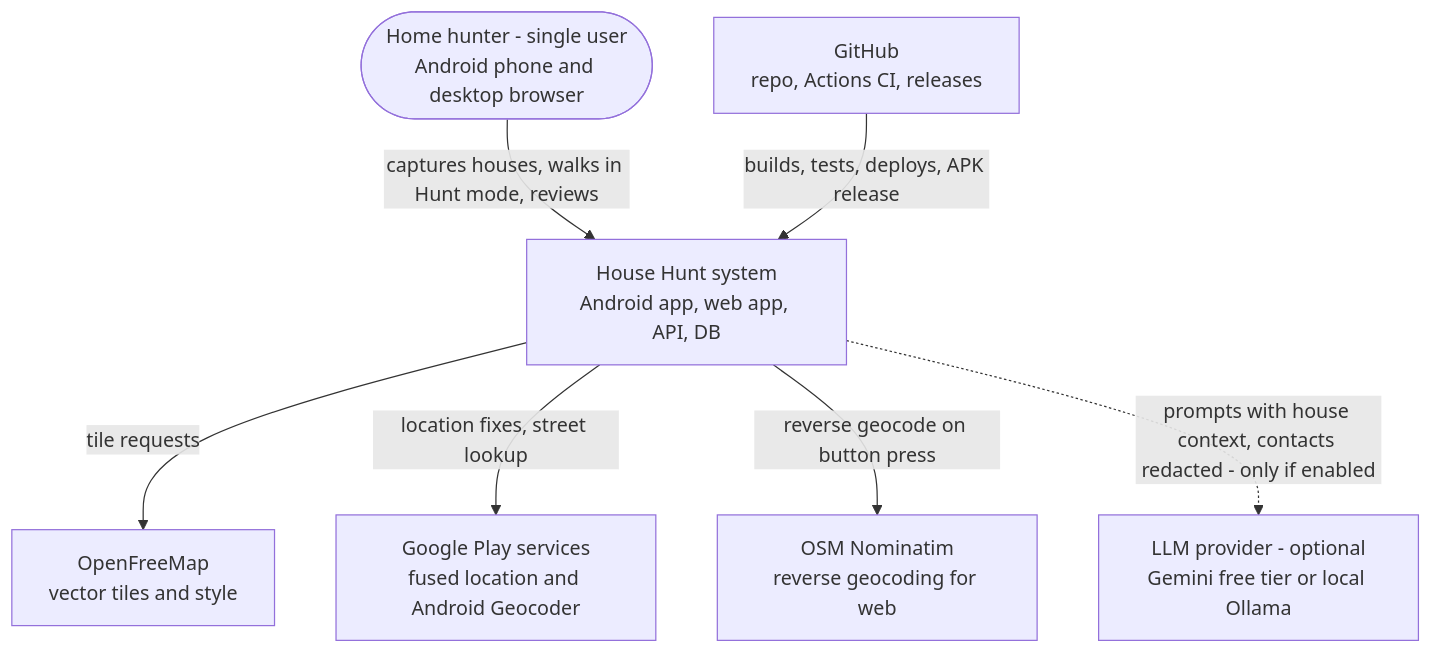
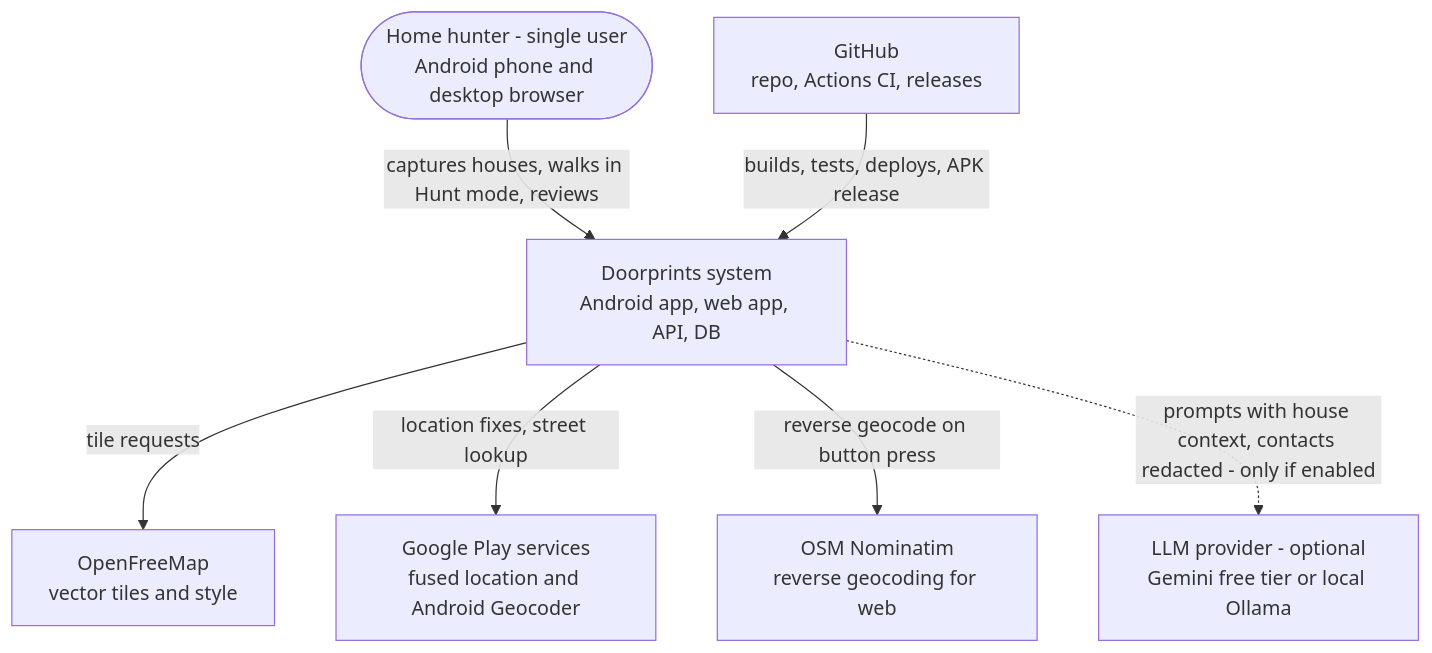
The first of 15 diagrams in docs/03-design.md (Sriram-Codes-SW/doorprints), drawn with Mermaid before and after one commit. The commit also changed other lines of this file and 54 other files, not shown here.

First line of the commit message:
Rename product to Doorprints across Android, web, backend, AI, CI and docs

````diff
--- a/docs/03-design.md
+++ b/docs/03-design.md
@@ -45,16 +46,16 @@
 ```mermaid
 flowchart TB
     user(["Home hunter - single user<br/>Android phone and desktop browser"])
-    hh["House Hunt system<br/>Android app, web app, API, DB"]
+    hh["Doorprints system<br/>Android app, web app, API, DB"]
     ofm["OpenFreeMap<br/>vector tiles and style"]
     gps["Google Play services<br/>fused location and Android Geocoder"]
     nom["OSM Nominatim<br/>reverse geocoding for web"]
     llm["LLM provider - optional<br/>Gemini free tier or local Ollama"]
     gh["GitHub<br/>repo, Actions CI, releases"]
     user -->|"captures houses, walks in Hunt mode, reviews"| hh
     hh -->|"tile requests"| ofm
     hh -->|"location fixes, street lookup"| gps
     hh -->|"reverse geocode on button press"| nom
     hh -.->|"prompts with house context, contacts redacted - only if enabled"| llm
     gh -->|"builds, tests, deploys, APK release"| hh
 ```
````
